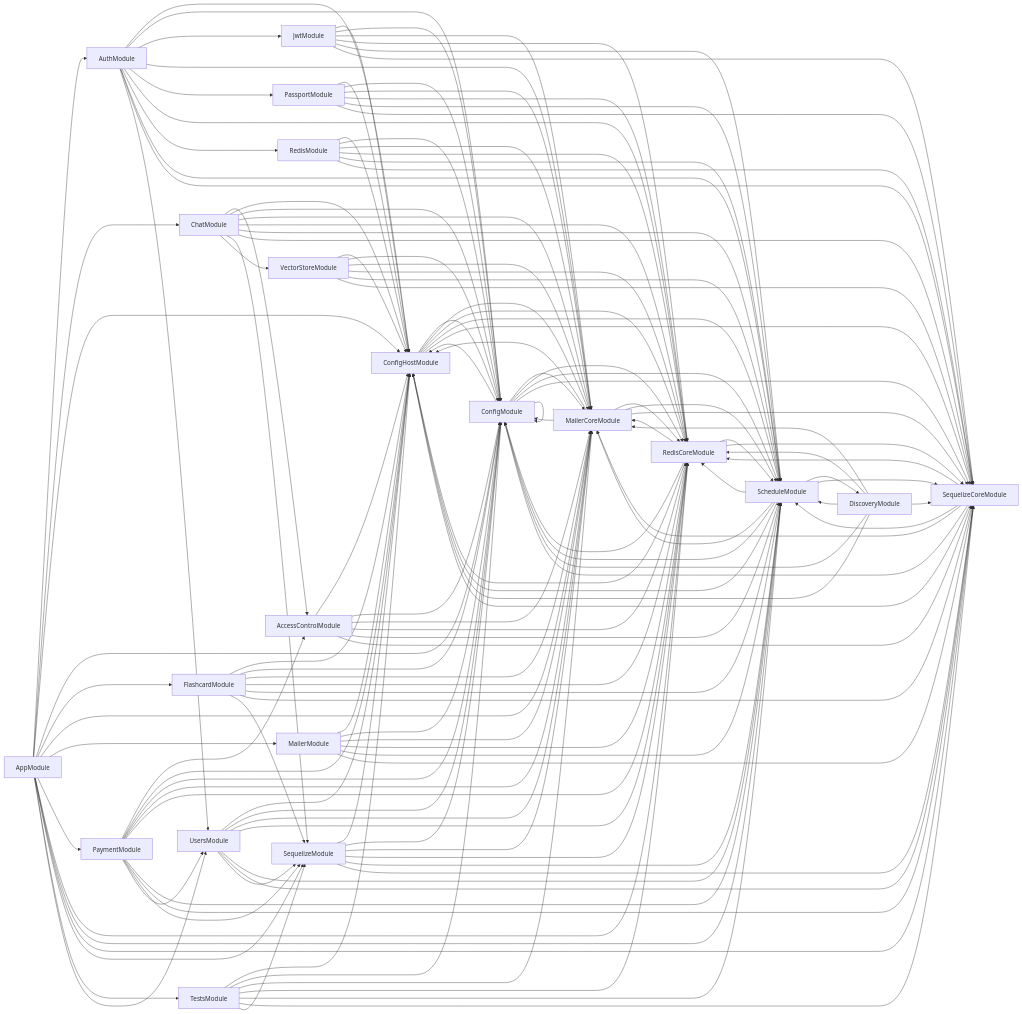
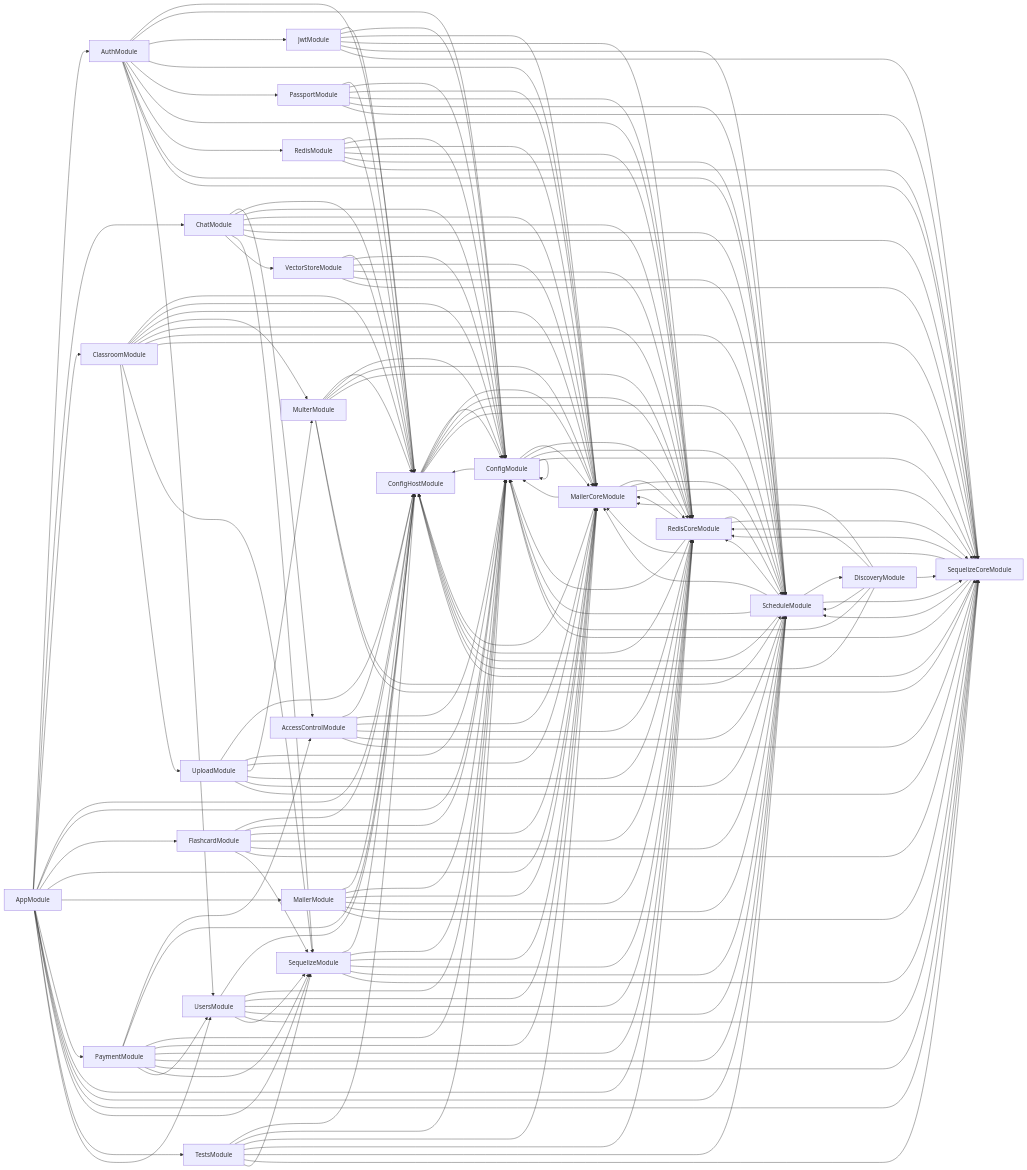
Before and after one commit to tiawai/csc13010-tiawai-server: the diagram in deps.mermaid, drawn with Mermaid. The commit also changed 13 other files, not shown here.

```diff
--- a/deps.mermaid
+++ b/deps.mermaid
@@ -1,144 +1,167 @@
 graph LR
     AccessControlModule-->ConfigHostModule
   AccessControlModule-->ConfigModule
   AccessControlModule-->MailerCoreModule
   AccessControlModule-->RedisCoreModule
   AccessControlModule-->ScheduleModule
   AccessControlModule-->SequelizeCoreModule
   AppModule-->AuthModule
   AppModule-->ChatModule
+  AppModule-->ClassroomModule
   AppModule-->ConfigHostModule
   AppModule-->ConfigModule
   AppModule-->FlashcardModule
   AppModule-->MailerCoreModule
   AppModule-->MailerModule
   AppModule-->PaymentModule
   AppModule-->RedisCoreModule
   AppModule-->ScheduleModule
   AppModule-->SequelizeCoreModule
   AppModule-->SequelizeModule
   AppModule-->TestsModule
   AppModule-->UsersModule
   AuthModule-->ConfigHostModule
   AuthModule-->ConfigModule
   AuthModule-->JwtModule
   AuthModule-->MailerCoreModule
   AuthModule-->PassportModule
   AuthModule-->RedisCoreModule
   AuthModule-->RedisModule
   AuthModule-->ScheduleModule
   AuthModule-->SequelizeCoreModule
   AuthModule-->UsersModule
   ChatModule-->AccessControlModule
   ChatModule-->ConfigHostModule
   ChatModule-->ConfigModule
   ChatModule-->MailerCoreModule
   ChatModule-->RedisCoreModule
   ChatModule-->ScheduleModule
   ChatModule-->SequelizeCoreModule
   ChatModule-->SequelizeModule
   ChatModule-->VectorStoreModule
+  ClassroomModule-->ConfigHostModule
+  ClassroomModule-->ConfigModule
+  ClassroomModule-->MailerCoreModule
+  ClassroomModule-->MulterModule
+  ClassroomModule-->RedisCoreModule
+  ClassroomModule-->ScheduleModule
+  ClassroomModule-->SequelizeCoreModule
+  ClassroomModule-->SequelizeModule
+  ClassroomModule-->UploadModule
   ConfigHostModule-->ConfigModule
   ConfigHostModule-->MailerCoreModule
   ConfigHostModule-->RedisCoreModule
   ConfigHostModule-->ScheduleModule
   ConfigHostModule-->SequelizeCoreModule
   ConfigModule-->ConfigHostModule
   ConfigModule-->ConfigModule
   ConfigModule-->MailerCoreModule
   ConfigModule-->RedisCoreModule
   ConfigModule-->ScheduleModule
   ConfigModule-->SequelizeCoreModule
   DiscoveryModule-->ConfigHostModule
   DiscoveryModule-->ConfigModule
   DiscoveryModule-->MailerCoreModule
   DiscoveryModule-->RedisCoreModule
   DiscoveryModule-->ScheduleModule
   DiscoveryModule-->SequelizeCoreModule
   FlashcardModule-->ConfigHostModule
   FlashcardModule-->ConfigModule
   FlashcardModule-->MailerCoreModule
   FlashcardModule-->RedisCoreModule
   FlashcardModule-->ScheduleModule
   FlashcardModule-->SequelizeCoreModule
   FlashcardModule-->SequelizeModule
   JwtModule-->ConfigHostModule
   JwtModule-->ConfigModule
   JwtModule-->MailerCoreModule
   JwtModule-->RedisCoreModule
   JwtModule-->ScheduleModule
   JwtModule-->SequelizeCoreModule
   MailerCoreModule-->ConfigHostModule
   MailerCoreModule-->ConfigModule
   MailerCoreModule-->RedisCoreModule
   MailerCoreModule-->ScheduleModule
   MailerCoreModule-->SequelizeCoreModule
   MailerModule-->ConfigHostModule
   MailerModule-->ConfigModule
   MailerModule-->MailerCoreModule
   MailerModule-->RedisCoreModule
   MailerModule-->ScheduleModule
   MailerModule-->SequelizeCoreModule
+  MulterModule-->ConfigHostModule
+  MulterModule-->ConfigModule
+  MulterModule-->MailerCoreModule
+  MulterModule-->RedisCoreModule
+  MulterModule-->ScheduleModule
+  MulterModule-->SequelizeCoreModule
   PassportModule-->ConfigHostModule
   PassportModule-->ConfigModule
   PassportModule-->MailerCoreModule
   PassportModule-->RedisCoreModule
   PassportModule-->ScheduleModule
   PassportModule-->SequelizeCoreModule
   PaymentModule-->AccessControlModule
   PaymentModule-->ConfigHostModule
   PaymentModule-->ConfigModule
   PaymentModule-->MailerCoreModule
   PaymentModule-->RedisCoreModule
   PaymentModule-->ScheduleModule
   PaymentModule-->SequelizeCoreModule
   PaymentModule-->SequelizeModule
   PaymentModule-->UsersModule
   RedisCoreModule-->ConfigHostModule
   RedisCoreModule-->ConfigModule
   RedisCoreModule-->MailerCoreModule
   RedisCoreModule-->ScheduleModule
   RedisCoreModule-->SequelizeCoreModule
   RedisModule-->ConfigHostModule
   RedisModule-->ConfigModule
   RedisModule-->MailerCoreModule
   RedisModule-->RedisCoreModule
   RedisModule-->ScheduleModule
   RedisModule-->SequelizeCoreModule
   ScheduleModule-->ConfigHostModule
   ScheduleModule-->ConfigModule
   ScheduleModule-->DiscoveryModule
   ScheduleModule-->MailerCoreModule
   ScheduleModule-->RedisCoreModule
   ScheduleModule-->SequelizeCoreModule
   SequelizeCoreModule-->ConfigHostModule
   SequelizeCoreModule-->ConfigModule
   SequelizeCoreModule-->MailerCoreModule
   SequelizeCoreModule-->RedisCoreModule
   SequelizeCoreModule-->ScheduleModule
   SequelizeModule-->ConfigHostModule
   SequelizeModule-->ConfigModule
   SequelizeModule-->MailerCoreModule
   SequelizeModule-->RedisCoreModule
   SequelizeModule-->ScheduleModule
   SequelizeModule-->SequelizeCoreModule
   TestsModule-->ConfigHostModule
   TestsModule-->ConfigModule
   TestsModule-->MailerCoreModule
   TestsModule-->RedisCoreModule
   TestsModule-->ScheduleModule
   TestsModule-->SequelizeCoreModule
   TestsModule-->SequelizeModule
+  UploadModule-->ConfigHostModule
+  UploadModule-->ConfigModule
+  UploadModule-->MailerCoreModule
+  UploadModule-->MulterModule
+  UploadModule-->RedisCoreModule
+  UploadModule-->ScheduleModule
+  UploadModule-->SequelizeCoreModule
   UsersModule-->ConfigHostModule
   UsersModule-->ConfigModule
   UsersModule-->MailerCoreModule
   UsersModule-->RedisCoreModule
   UsersModule-->ScheduleModule
   UsersModule-->SequelizeCoreModule
   UsersModule-->SequelizeModule
   VectorStoreModule-->ConfigHostModule
   VectorStoreModule-->ConfigModule
   VectorStoreModule-->MailerCoreModule
   VectorStoreModule-->RedisCoreModule
   VectorStoreModule-->ScheduleModule
   VectorStoreModule-->SequelizeCoreModule
```
